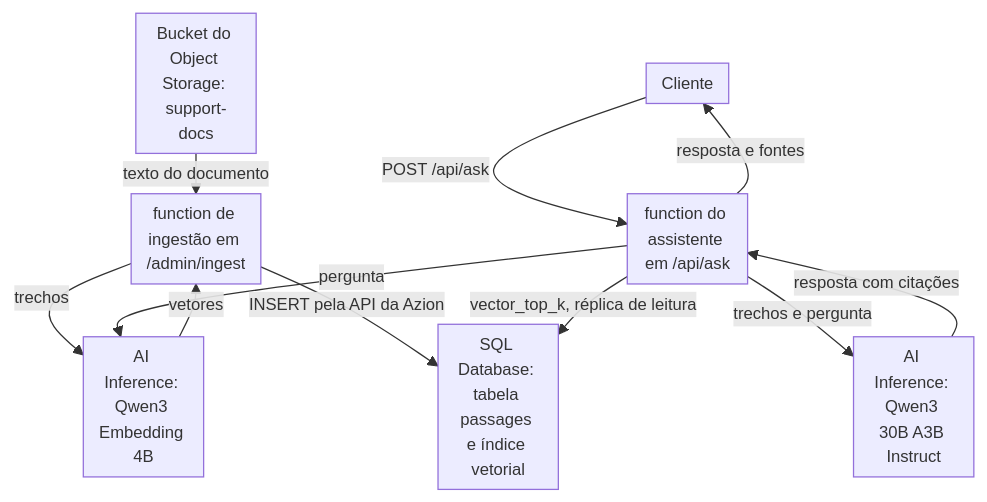
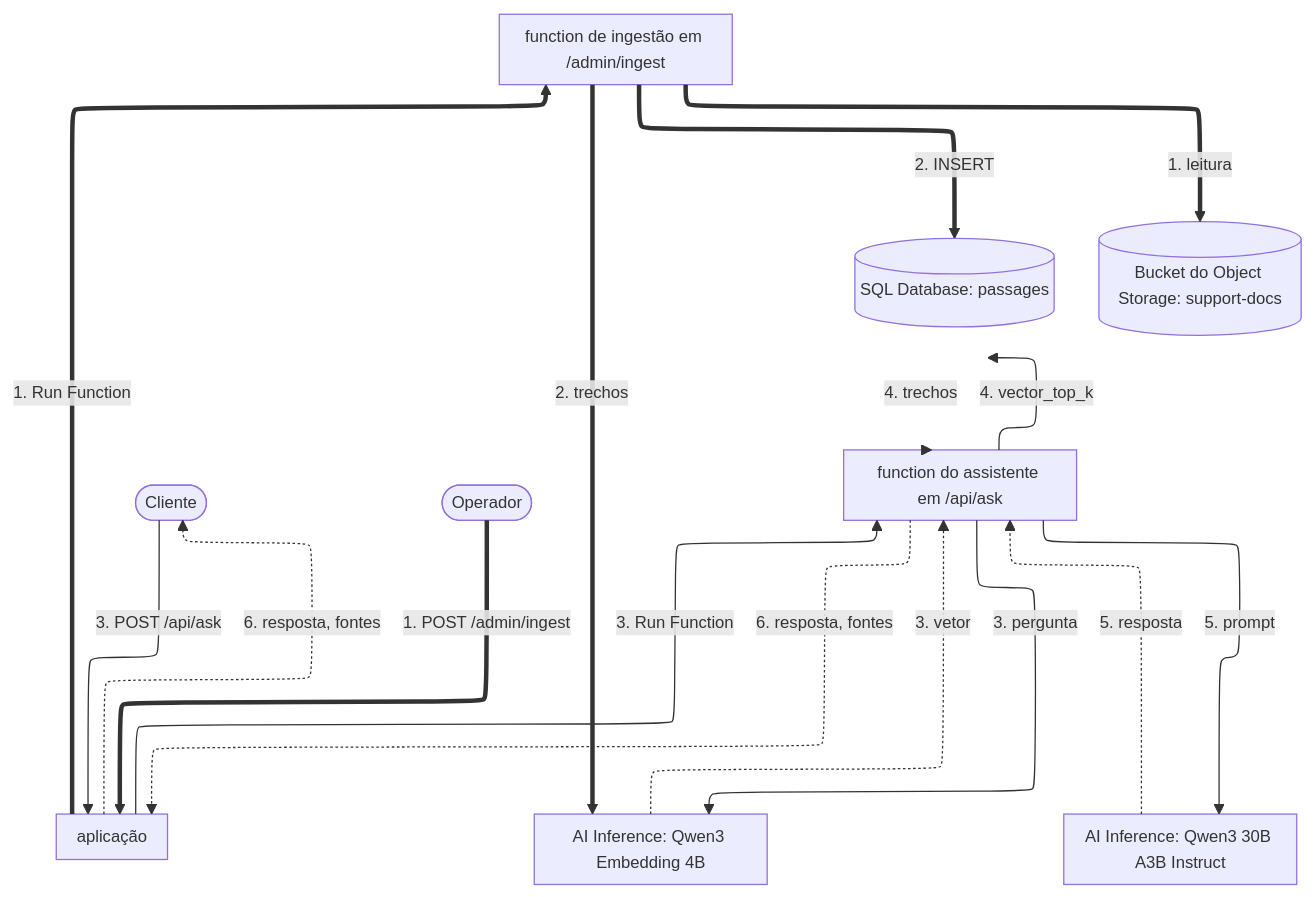
The diagram in apps/docs/src/content/docs/pt-br/pages/casos-de-uso/construir-e-executar-workloads-de-ai/criar-e-executar-assistentes-de-ia-para-suporte-ao-cliente.mdx (aziontech/docs), drawn with Mermaid before and after one commit. The commit also changed other lines of this file and 53 other files, not shown here.

First line of the commit message:
docs(use-cases): draw the way back in every use-case diagram

````diff
--- a/apps/docs/src/content/docs/pt-br/pages/casos-de-uso/construir-e-executar-workloads-de-ai/criar-e-executar-assistentes-de-ia-para-suporte-ao-cliente.mdx
+++ b/apps/docs/src/content/docs/pt-br/pages/casos-de-uso/construir-e-executar-workloads-de-ai/criar-e-executar-assistentes-de-ia-para-suporte-ao-cliente.mdx
@@ -42,14 +42,28 @@
 ```mermaid
-%%{init: {"layout": "dagre", "themeVariables": {"fontSize": "13px"}, "flowchart": {"nodeSpacing": 12, "rankSpacing": 12, "padding": 6, "wrappingWidth": 70, "minNodeWidth": 40, "useMaxWidth": true}}}%%
+%%{init: {"layout": "elk", "elk": {"preset": "modelOrder", "keepEntryNodeOnTop": true, "cycleBreakingStrategy": "MODEL_ORDER"}, "themeVariables": {"fontSize": "13px"}, "flowchart": {"nodeSpacing": 24, "rankSpacing": 36, "padding": 8, "wrappingWidth": 150, "useMaxWidth": true}, "sequence": {"width": 120, "actorMargin": 30, "useMaxWidth": true}}}%%
 flowchart TD
-  Bucket["Bucket do Object Storage: support-docs"] -->|"texto do documento"| Ingest["function de ingestão em /admin/ingest"]
-  Ingest -->|"trechos"| Embed["AI Inference: Qwen3 Embedding 4B"]
-  Embed -->|"vetores"| Ingest
-  Ingest -->|"INSERT pela API da Azion"| DB["SQL Database: tabela passages e índice vetorial"]
-  Customer["Cliente"] -->|"POST /api/ask"| Assist["function do assistente em /api/ask"]
-  Assist -->|"pergunta"| Embed
-  Assist -->|"vector_top_k, réplica de leitura"| DB
-  Assist -->|"trechos e pergunta"| Chat["AI Inference: Qwen3 30B A3B Instruct"]
-  Chat -->|"resposta com citações"| Assist
-  Assist -->|"resposta e fontes"| Customer
+  Customer(["Cliente"])
+  Operator(["Operador"])
+  App["aplicação"]
+  Assist["function do assistente em /api/ask"]
+  Ingest["function de ingestão em /admin/ingest"]
+  Embed["AI Inference: Qwen3 Embedding 4B"]
+  DB[("SQL Database: passages")]
+  Chat["AI Inference: Qwen3 30B A3B Instruct"]
+  Bucket[("Bucket do Object Storage: support-docs")]
+  Customer -->|"3. POST /api/ask"| App
+  App -->|"3. Run Function"| Assist
+  Assist -->|"3. pergunta"| Embed
+  Assist -->|"4. vector_top_k"| DB
+  Assist -->|"5. prompt"| Chat
+  Embed -.->|"3. vetor"| Assist
+  DB -.->|"4. trechos"| Assist
+  Chat -.->|"5. resposta"| Assist
+  Assist -.->|"6. resposta, fontes"| App
+  App -.->|"6. resposta, fontes"| Customer
+  Operator ==>|"1. POST /admin/ingest"| App
+  App ==>|"1. Run Function"| Ingest
+  Ingest ==>|"1. leitura"| Bucket
+  Ingest ==>|"2. trechos"| Embed
+  Ingest ==>|"2. INSERT"| DB
 ```
````
